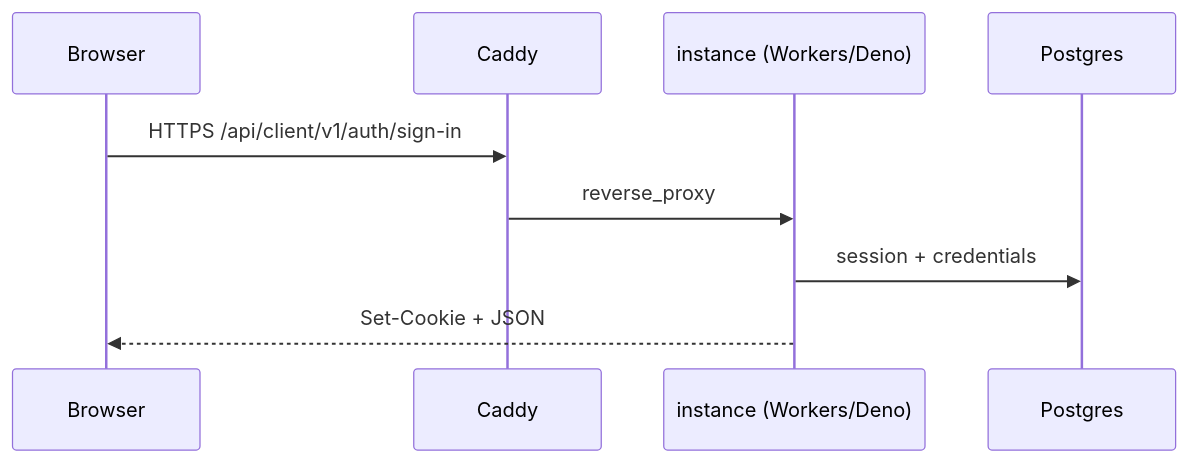
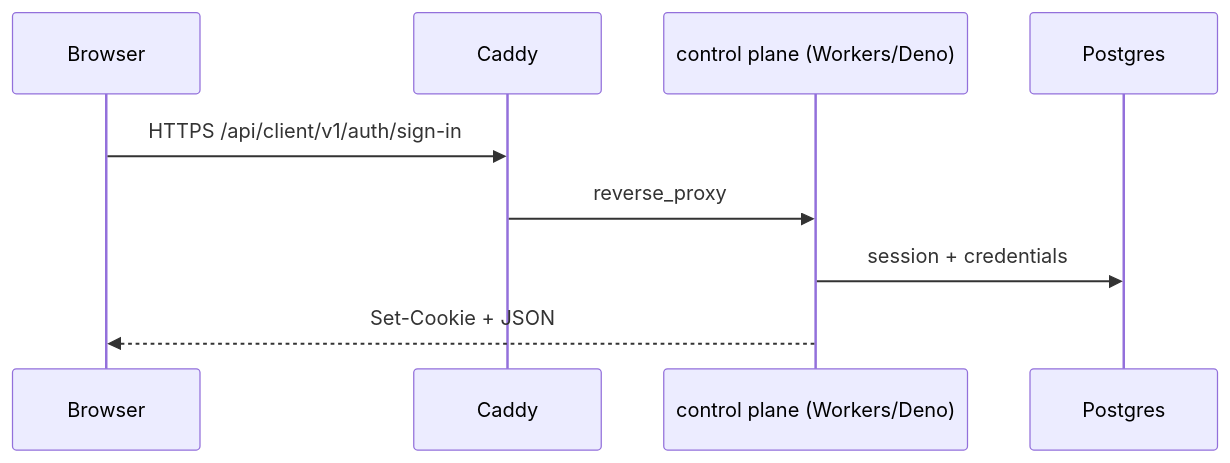
The diagram in docs/architecture/api.mdx (TurboPanel/website), drawn with Mermaid before and after one commit. The commit also changed other lines of this file and 20 other files, not shown here.

Commit message:
docs: vocabulary sweep for architecture, security, metrics and database pages (#96)

````diff
--- a/docs/architecture/api.mdx
+++ b/docs/architecture/api.mdx
@@ -43,12 +43,12 @@
 ```mermaid
 sequenceDiagram
     participant Browser
     participant Caddy
-    participant Instance as instance (Workers/Deno)
+    participant Instance as control plane (Workers/Deno)
     participant DB as Postgres
 
     Browser->>Caddy: HTTPS /api/client/v1/auth/sign-in
     Caddy->>Instance: reverse_proxy
     Instance->>DB: session + credentials
     Instance-->>Browser: Set-Cookie + JSON
 ```
````
